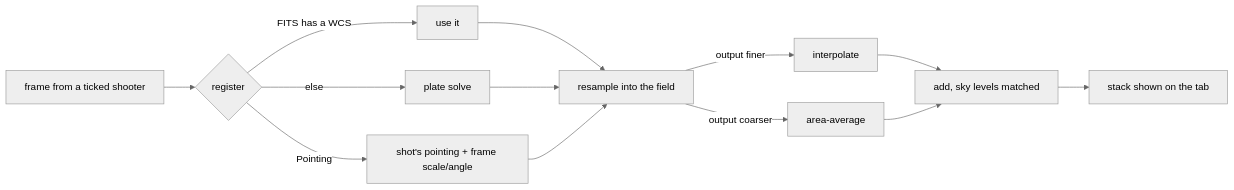
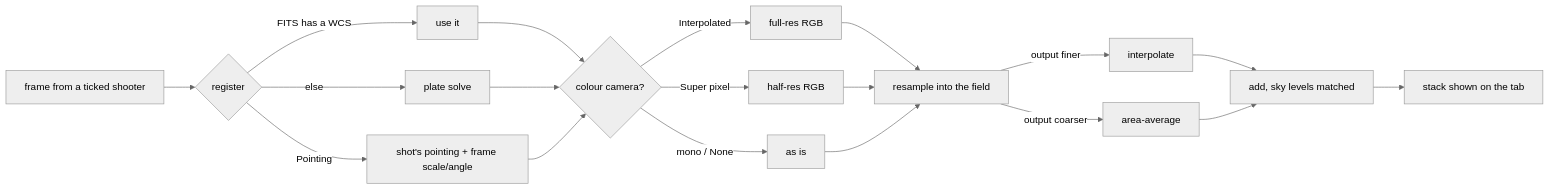
One commit to UltraGeekDEV/ELink-Astro changed the fourth of 4 diagrams in docs/user-guide.md. Above: the diagram before and after it, drawn with Mermaid (neutral theme). The commit also changed other lines of this file and 16 other files, not shown here.

Commit message:
Debayering of one-shot-colour frames (interpolated and super pixel, BAYERPAT with offsets or a given pattern): colour live stacks and colour previews; a pointer counts a finished slew to its target as settled

````diff
--- a/docs/user-guide.md
+++ b/docs/user-guide.md
@@ -164,11 +164,15 @@
 ```mermaid
 flowchart LR
     F[frame from a ticked shooter] --> R{register}
     R -->|FITS has a WCS| W[use it]
     R -->|else| S[plate solve]
     R -->|Pointing| P[shot's pointing + frame scale/angle]
-    W & S & P --> X[resample into the field]
+    W & S & P --> C{colour camera?}
+    C -->|Interpolated| CI[full-res RGB]
+    C -->|Super pixel| CS[half-res RGB]
+    C -->|mono / None| CM[as is]
+    CI & CS & CM --> X[resample into the field]
     X -->|output finer| U[interpolate]
     X -->|output coarser| D[area-average]
     U & D --> A[add, sky levels matched] --> V[stack shown on the tab]
 ```
````
